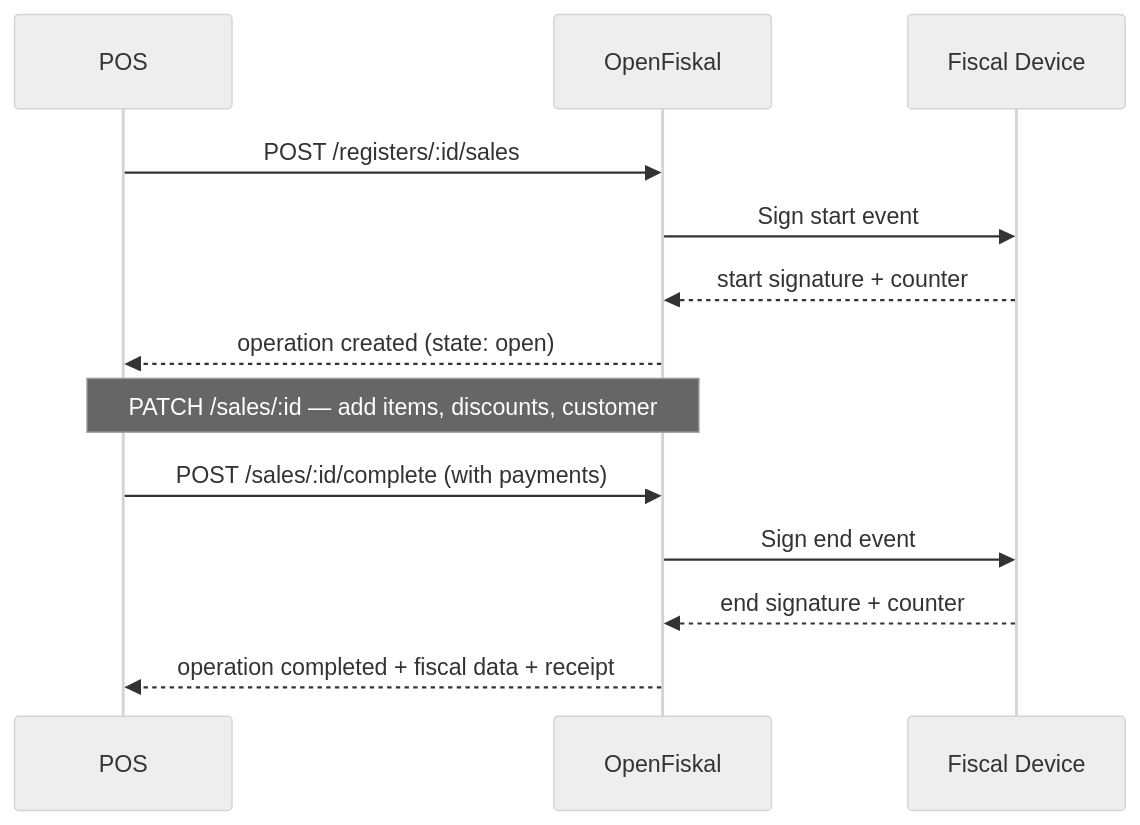
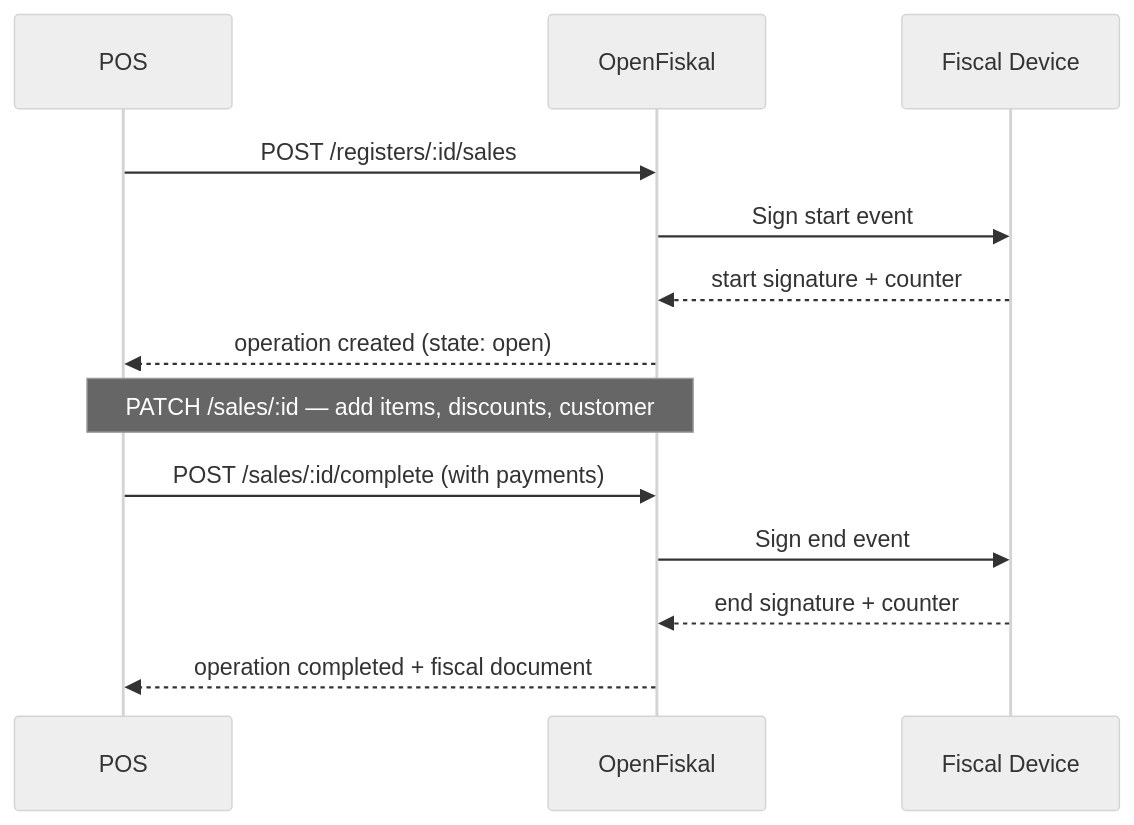
The diagram in pos-operation-ingestion.mdx (F-C-Corp/docs), drawn with Mermaid (neutral theme) before and after one commit. The commit also changed other lines of this file and 2 other files, not shown here.

First line of the commit message:
Replace flat FiscalData with polymorphic FiscalDocument schema

````diff
--- a/pos-operation-ingestion.mdx
+++ b/pos-operation-ingestion.mdx
@@ -34,18 +34,18 @@
 ```mermaid
 sequenceDiagram
     participant POS
     participant OpenFiskal
     participant Fiscal Device
 
     POS->>OpenFiskal: POST /registers/:id/sales
     OpenFiskal->>Fiscal Device: Sign start event
     Fiscal Device-->>OpenFiskal: start signature + counter
     OpenFiskal-->>POS: operation created (state: open)
 
     Note over POS,OpenFiskal: PATCH /sales/:id — add items, discounts, customer
 
     POS->>OpenFiskal: POST /sales/:id/complete (with payments)
     OpenFiskal->>Fiscal Device: Sign end event
     Fiscal Device-->>OpenFiskal: end signature + counter
-    OpenFiskal-->>POS: operation completed + fiscal data + receipt
+    OpenFiskal-->>POS: operation completed + fiscal document
 ```
````
